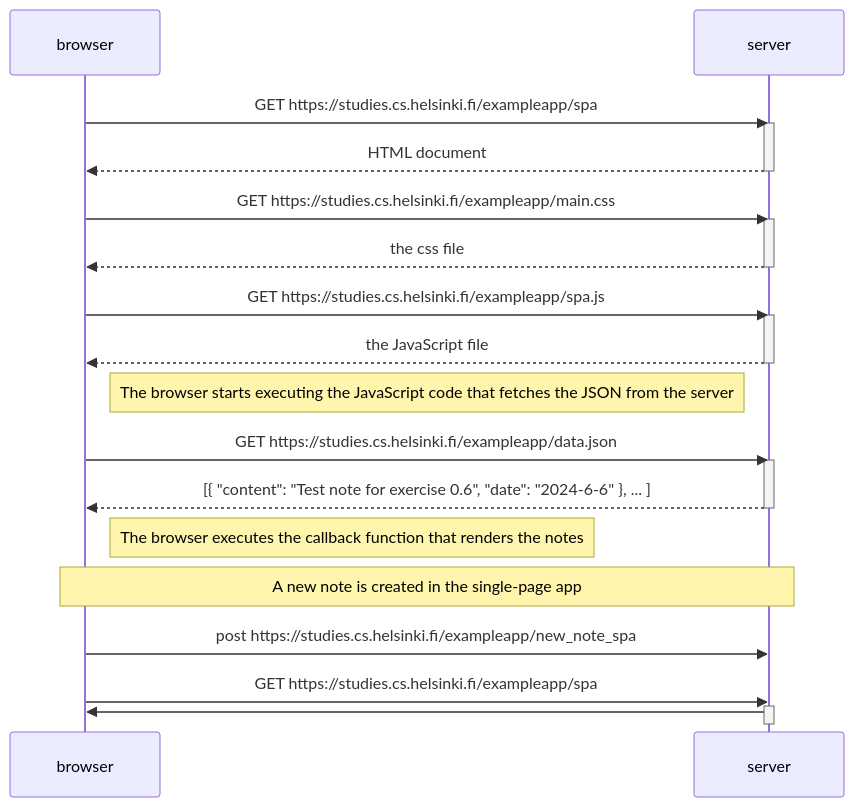
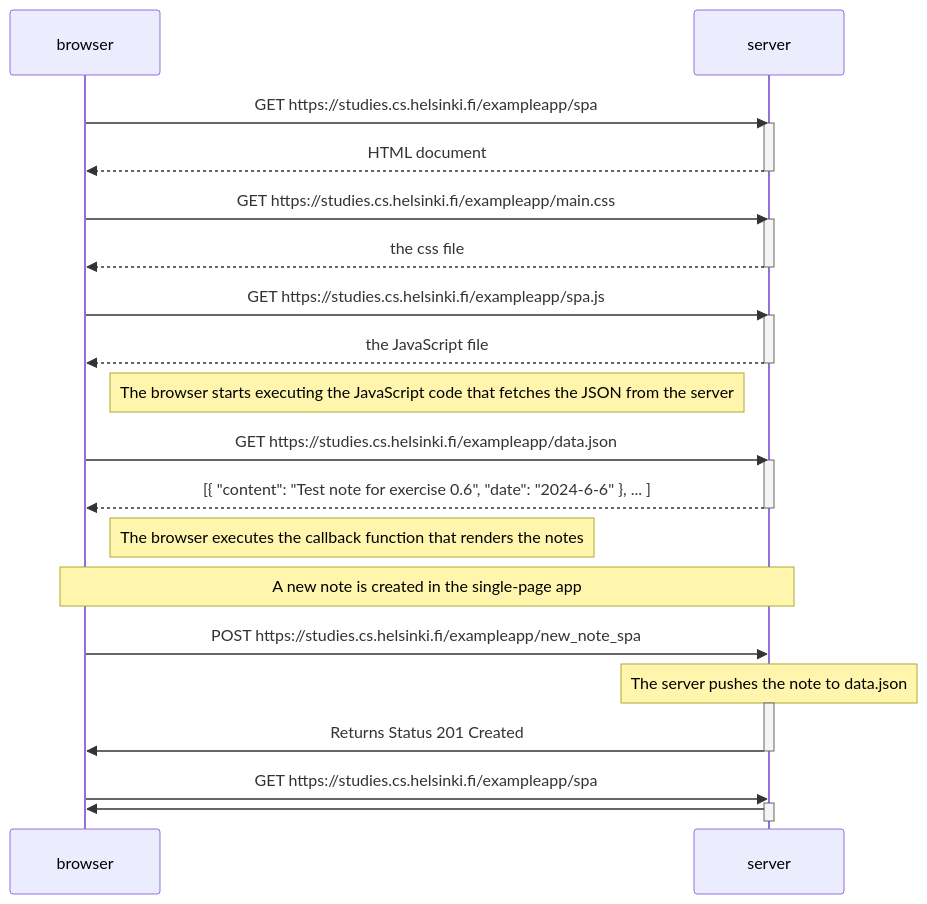
Before and after one commit to obhi1kenobhi/FSO: the diagram in part0/exercise_0_6.md, drawn with Mermaid.

Commit message:
exercises 0.4, 0.5 and 0.6

````diff
--- a/part0/exercise_0_6.md
+++ b/part0/exercise_0_6.md
@@ -1,37 +1,41 @@
 ```mermaid
     sequenceDiagram
         participant browser
         participant server
     
         browser->>server: GET https://studies.cs.helsinki.fi/exampleapp/spa
         activate server
         server-->>browser: HTML document
         deactivate server
     
         browser->>server: GET https://studies.cs.helsinki.fi/exampleapp/main.css
         activate server
         server-->>browser: the css file
         deactivate server
     
         browser->>server: GET https://studies.cs.helsinki.fi/exampleapp/spa.js
         activate server
         server-->>browser: the JavaScript file
         deactivate server
     
         Note right of browser: The browser starts executing the JavaScript code that fetches the JSON from the server
     
         browser->>server: GET https://studies.cs.helsinki.fi/exampleapp/data.json
         activate server
         server-->>browser: [{ "content": "Test note for exercise 0.6", "date": "2024-6-6" }, ... ]
         deactivate server
 
         Note right of browser: The browser executes the callback function that renders the notes
 
         Note over browser,server: A new note is created in the single-page app
 
-        browser->>server: post https://studies.cs.helsinki.fi/exampleapp/new_note_spa
+        browser->>server: POST https://studies.cs.helsinki.fi/exampleapp/new_note_spa
+        Note over server: The server pushes the note to data.json
+        activate server
+        server->>browser: Returns Status 201 Created
+        deactivate server
         browser->>server: GET https://studies.cs.helsinki.fi/exampleapp/spa
         activate server
         server->>browser: 
         deactivate server
 ```
````
